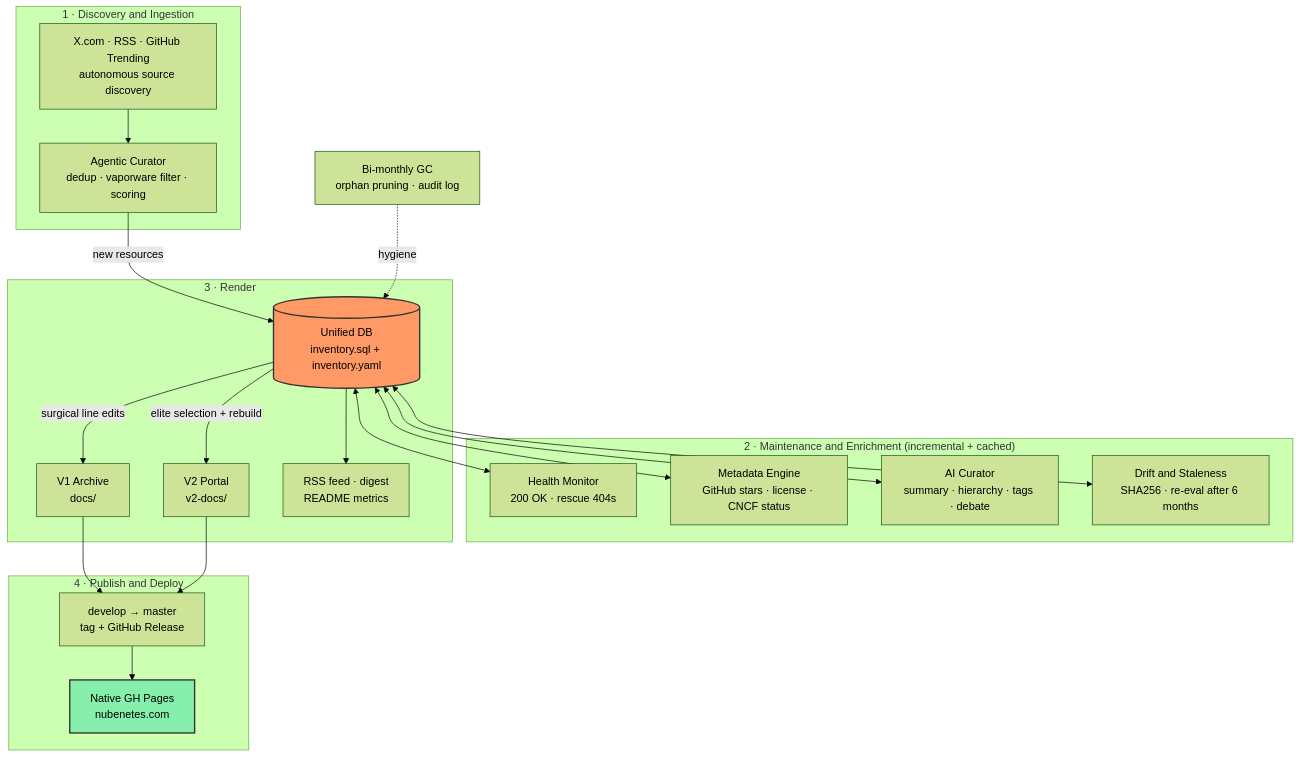
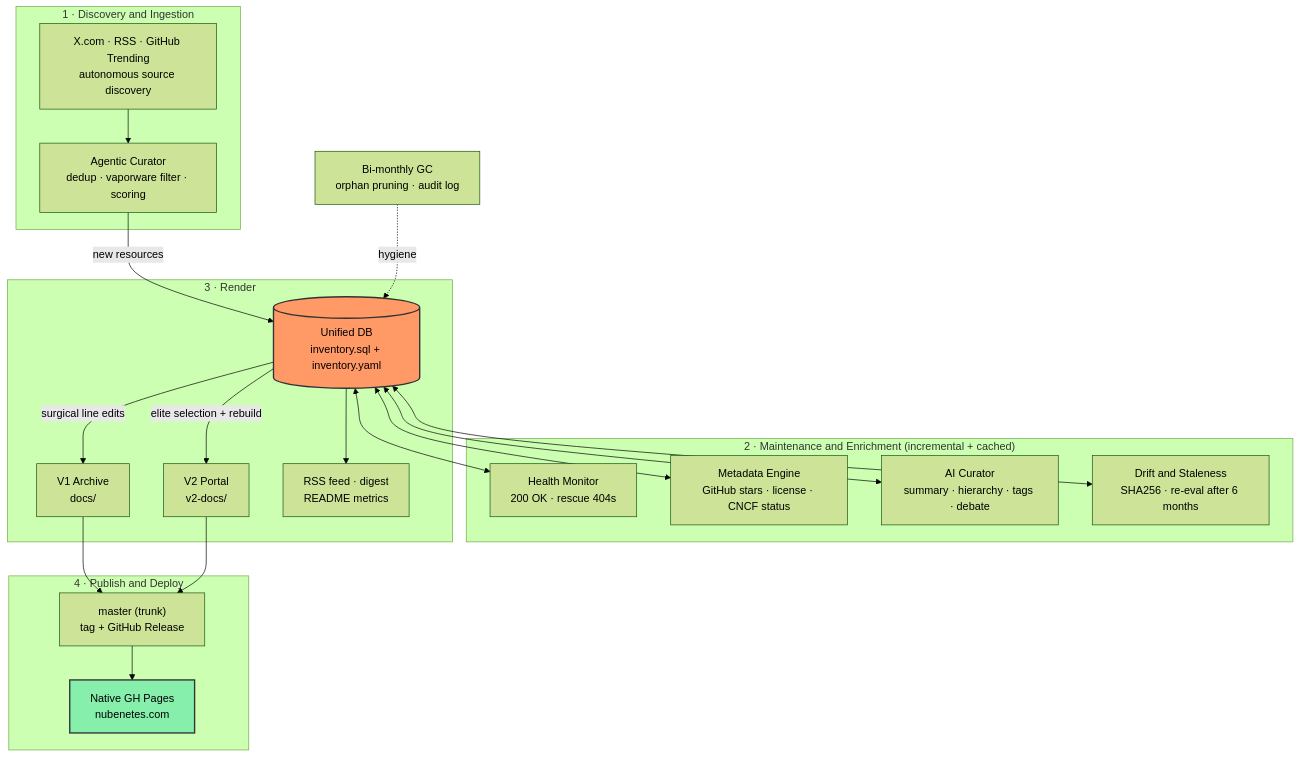
Before and after one commit to nubenetes/awesome-kubernetes: the seventh of 14 diagrams in README.md, drawn with Mermaid (forest theme). The commit also changed other lines of this file and 25 other files, not shown here.

Commit message:
feat(ci): migrate repository architecture to trunk-based development on master

````diff
--- a/README.md
+++ b/README.md
@@ -701,35 +701,35 @@
 ```mermaid
 graph TD
     subgraph S1["1 · Discovery and Ingestion"]
         SRC["X.com · RSS · GitHub Trending<br/>autonomous source discovery"] --> CUR["Agentic Curator<br/>dedup · vaporware filter · scoring"]
     end
     CUR -->|"new resources"| DB[("Unified DB<br/>inventory.sql + inventory.yaml")]
 
     subgraph S2["2 · Maintenance and Enrichment (incremental + cached)"]
         HEALTH["Health Monitor<br/>200 OK · rescue 404s"]
         META["Metadata Engine<br/>GitHub stars · license · CNCF status"]
         AIEVAL["AI Curator<br/>summary · hierarchy · tags · debate"]
         DRIFT["Drift and Staleness<br/>SHA256 · re-eval after 6 months"]
     end
     DB <--> HEALTH
     DB <--> META
     DB <--> AIEVAL
     DB <--> DRIFT
 
     subgraph S3["3 · Render"]
         DB -->|"surgical line edits"| V1["V1 Archive<br/>docs/"]
         DB -->|"elite selection + rebuild"| V2["V2 Portal<br/>v2-docs/"]
         DB --> AUX["RSS feed · digest<br/>README metrics"]
     end
 
     subgraph S4["4 · Publish and Deploy"]
-        V1 --> REL["develop → master<br/>tag + GitHub Release"]
+        V1 --> REL["master (trunk)<br/>tag + GitHub Release"]
         V2 --> REL
         REL --> PAGES["Native GH Pages<br/>nubenetes.com"]
     end
 
     GC["Bi-monthly GC<br/>orphan pruning · audit log"] -.->|"hygiene"| DB
 
     style DB fill:#f96,stroke:#333,stroke-width:2px
     style PAGES fill:#86efac,stroke:#333,stroke-width:2px
 ```
````
